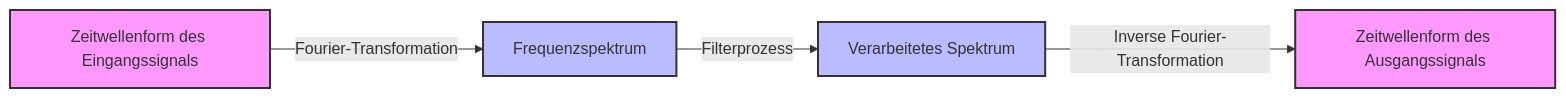
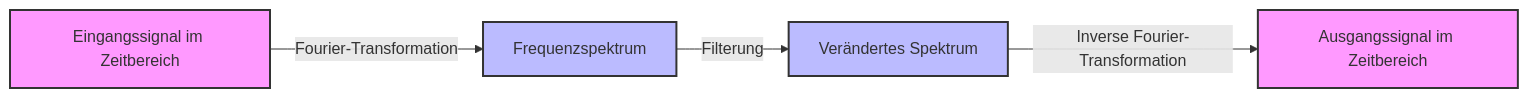
The diagram in content/post/fourier-series-and-transform/index.de.md (kenjinote/blog), drawn with Mermaid before and after one commit. The commit also changed other lines of this file and 7 other files, not shown here.

````diff
--- a/content/post/fourier-series-and-transform/index.de.md
+++ b/content/post/fourier-series-and-transform/index.de.md
@@ -80,12 +93,11 @@
 ```mermaid
 flowchart LR
-    A["Zeitwellenform des Eingangssignals"] -->|"Fourier-Transformation"| B["Frequenzspektrum"]
-    B -->|"Filterprozess"| C["Verarbeitetes Spektrum"]
-    C -->|"Inverse Fourier-Transformation"| D["Zeitwellenform des Ausgangssignals"]
-    
-    %% Knoten-Styling
+    A["Eingangssignal im Zeitbereich"] -->|"Fourier-Transformation"| B["Frequenzspektrum"]
+    B -->|"Filterung"| C["Verändertes Spektrum"]
+    C -->|"Inverse Fourier-Transformation"| D["Ausgangssignal im Zeitbereich"]
+
     style A fill:#f9f,stroke:#333,stroke-width:2px
     style B fill:#bbf,stroke:#333,stroke-width:2px
     style C fill:#bbf,stroke:#333,stroke-width:2px
     style D fill:#f9f,stroke:#333,stroke-width:2px
 ```
````
